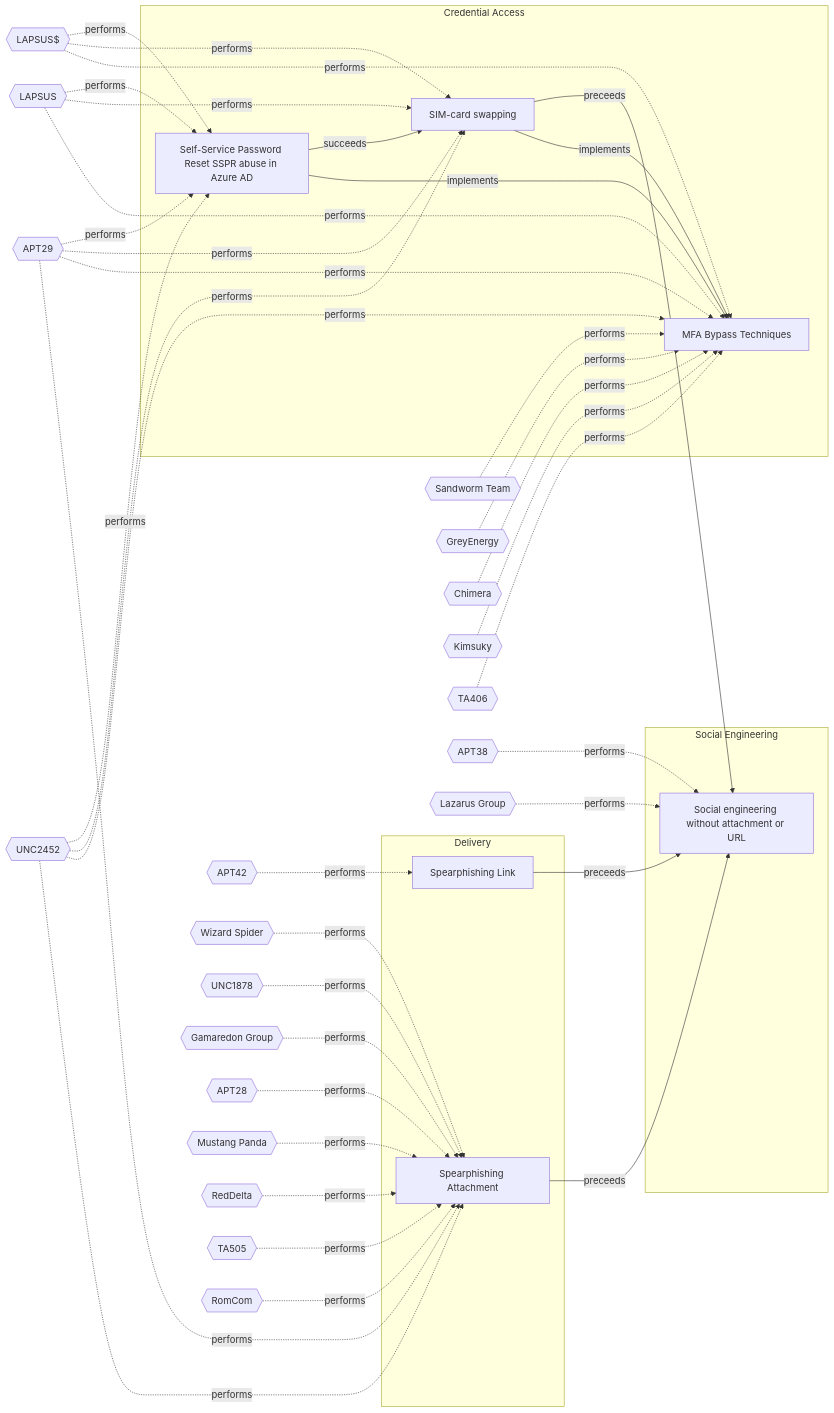
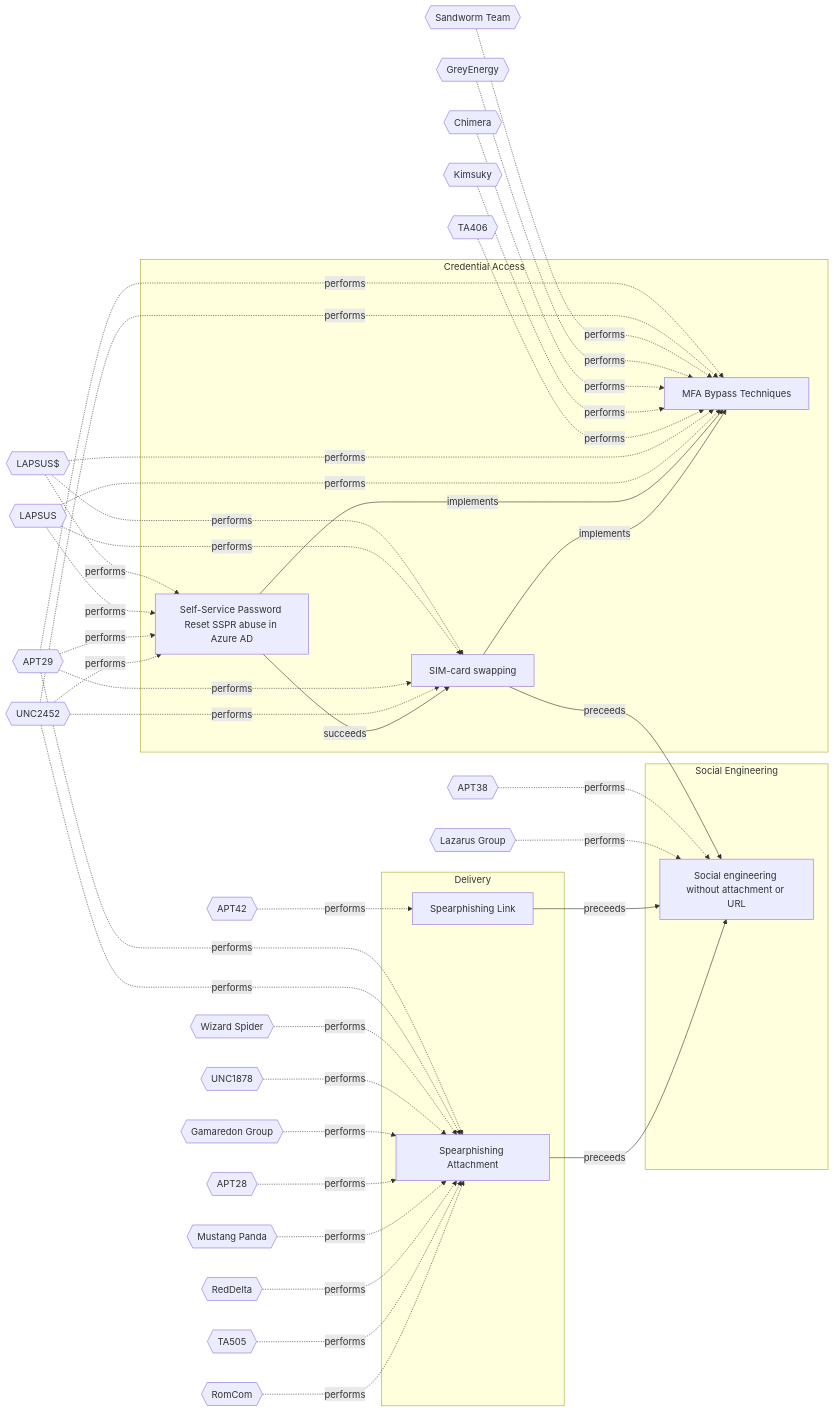
Before and after one commit to OpenTideHQ/WikiTide: the diagram in Models/Threat Vectors/☣️ SIM-card swapping.md, drawn with Mermaid. The commit also changed other lines of this file and 48 other files, not shown here.

````diff
--- a/Models/Threat Vectors/☣️ SIM-card swapping.md
+++ b/Models/Threat Vectors/☣️ SIM-card swapping.md
@@ -76,37 +76,32 @@
 
 flowchart LR
 
-a1a17bd4-ec7e-4302-aedf-96ee7c436065[Self-Service Password Reset SSPR abuse in Azure AD]
+0cdaee96-8595-4f3f-ba07-758b8be9d359[Social engineering without attachment or URL]
 6a7a493a-511a-4c9d-aa9c-4427c832a322[SIM-card swapping]
-4a807ac4-f764-41b1-ae6f-94239041d349[MFA Bypass Techniques]
-0cdaee96-8595-4f3f-ba07-758b8be9d359[Social engineering without attachment or URL]
 1a68b5eb-0112-424d-a21f-88dda0b6b8df[Spearphishing Link]
 dd5d942c-bac4-4000-b9a6-ca4fef6cfb84[Spearphishing Attachment]
+a1a17bd4-ec7e-4302-aedf-96ee7c436065[Self-Service Password Reset SSPR abuse in Azure AD]
+4a807ac4-f764-41b1-ae6f-94239041d349[MFA Bypass Techniques]
 
-subgraph Credential Access
-a1a17bd4-ec7e-4302-aedf-96ee7c436065
-6a7a493a-511a-4c9d-aa9c-4427c832a322
-4a807ac4-f764-41b1-ae6f-94239041d349
-end
 subgraph Social Engineering
 0cdaee96-8595-4f3f-ba07-758b8be9d359
+end
+subgraph Credential Access
+6a7a493a-511a-4c9d-aa9c-4427c832a322
+a1a17bd4-ec7e-4302-aedf-96ee7c436065
+4a807ac4-f764-41b1-ae6f-94239041d349
 end
 subgraph Delivery
 1a68b5eb-0112-424d-a21f-88dda0b6b8df
 dd5d942c-bac4-4000-b9a6-ca4fef6cfb84
 end
 
+APT38{{APT38}}
+LazarusGroup{{Lazarus Group}}
 LAPSUS${{LAPSUS$}}
 LAPSUS{{LAPSUS}}
 APT29{{APT29}}
 UNC2452{{UNC2452}}
-SandwormTeam{{Sandworm Team}}
-GreyEnergy{{GreyEnergy}}
-Chimera{{Chimera}}
-Kimsuky{{Kimsuky}}
-TA406{{TA406}}
-APT38{{APT38}}
-LazarusGroup{{Lazarus Group}}
 APT42{{APT42}}
 WizardSpider{{Wizard Spider}}
 UNC1878{{UNC1878}}
@@ -116,26 +111,18 @@
 RedDelta{{RedDelta}}
 TA505{{TA505}}
 RomCom{{RomCom}}
+SandwormTeam{{Sandworm Team}}
+GreyEnergy{{GreyEnergy}}
+Chimera{{Chimera}}
+Kimsuky{{Kimsuky}}
+TA406{{TA406}}
 
-LAPSUS$ -.-> |performs| a1a17bd4-ec7e-4302-aedf-96ee7c436065
-LAPSUS -.-> |performs| a1a17bd4-ec7e-4302-aedf-96ee7c436065
-APT29 -.-> |performs| a1a17bd4-ec7e-4302-aedf-96ee7c436065
-UNC2452 -.-> |performs| a1a17bd4-ec7e-4302-aedf-96ee7c436065
+APT38 -.-> |performs| 0cdaee96-8595-4f3f-ba07-758b8be9d359
+LazarusGroup -.-> |performs| 0cdaee96-8595-4f3f-ba07-758b8be9d359
 LAPSUS$ -.-> |performs| 6a7a493a-511a-4c9d-aa9c-4427c832a322
 LAPSUS -.-> |performs| 6a7a493a-511a-4c9d-aa9c-4427c832a322
 APT29 -.-> |performs| 6a7a493a-511a-4c9d-aa9c-4427c832a322
 UNC2452 -.-> |performs| 6a7a493a-511a-4c9d-aa9c-4427c832a322
-APT29 -.-> |performs| 4a807ac4-f764-41b1-ae6f-94239041d349
-UNC2452 -.-> |performs| 4a807ac4-f764-41b1-ae6f-94239041d349
-SandwormTeam -.-> |performs| 4a807ac4-f764-41b1-ae6f-94239041d349
-GreyEnergy -.-> |performs| 4a807ac4-f764-41b1-ae6f-94239041d349
-Chimera -.-> |performs| 4a807ac4-f764-41b1-ae6f-94239041d349
-Kimsuky -.-> |performs| 4a807ac4-f764-41b1-ae6f-94239041d349
-TA406 -.-> |performs| 4a807ac4-f764-41b1-ae6f-94239041d349
-LAPSUS$ -.-> |performs| 4a807ac4-f764-41b1-ae6f-94239041d349
-LAPSUS -.-> |performs| 4a807ac4-f764-41b1-ae6f-94239041d349
-APT38 -.-> |performs| 0cdaee96-8595-4f3f-ba07-758b8be9d359
-LazarusGroup -.-> |performs| 0cdaee96-8595-4f3f-ba07-758b8be9d359
 APT42 -.-> |performs| 1a68b5eb-0112-424d-a21f-88dda0b6b8df
 APT29 -.-> |performs| dd5d942c-bac4-4000-b9a6-ca4fef6cfb84
 UNC2452 -.-> |performs| dd5d942c-bac4-4000-b9a6-ca4fef6cfb84
@@ -147,12 +134,25 @@
 RedDelta -.-> |performs| dd5d942c-bac4-4000-b9a6-ca4fef6cfb84
 TA505 -.-> |performs| dd5d942c-bac4-4000-b9a6-ca4fef6cfb84
 RomCom -.-> |performs| dd5d942c-bac4-4000-b9a6-ca4fef6cfb84
+LAPSUS$ -.-> |performs| a1a17bd4-ec7e-4302-aedf-96ee7c436065
+LAPSUS -.-> |performs| a1a17bd4-ec7e-4302-aedf-96ee7c436065
+APT29 -.-> |performs| a1a17bd4-ec7e-4302-aedf-96ee7c436065
+UNC2452 -.-> |performs| a1a17bd4-ec7e-4302-aedf-96ee7c436065
+APT29 -.-> |performs| 4a807ac4-f764-41b1-ae6f-94239041d349
+UNC2452 -.-> |performs| 4a807ac4-f764-41b1-ae6f-94239041d349
+SandwormTeam -.-> |performs| 4a807ac4-f764-41b1-ae6f-94239041d349
+GreyEnergy -.-> |performs| 4a807ac4-f764-41b1-ae6f-94239041d349
+Chimera -.-> |performs| 4a807ac4-f764-41b1-ae6f-94239041d349
+Kimsuky -.-> |performs| 4a807ac4-f764-41b1-ae6f-94239041d349
+TA406 -.-> |performs| 4a807ac4-f764-41b1-ae6f-94239041d349
+LAPSUS$ -.-> |performs| 4a807ac4-f764-41b1-ae6f-94239041d349
+LAPSUS -.-> |performs| 4a807ac4-f764-41b1-ae6f-94239041d349
 
-a1a17bd4-ec7e-4302-aedf-96ee7c436065 -->|succeeds| 6a7a493a-511a-4c9d-aa9c-4427c832a322
-a1a17bd4-ec7e-4302-aedf-96ee7c436065 -->|implements| 4a807ac4-f764-41b1-ae6f-94239041d349
 6a7a493a-511a-4c9d-aa9c-4427c832a322 -->|preceeds| 0cdaee96-8595-4f3f-ba07-758b8be9d359
 1a68b5eb-0112-424d-a21f-88dda0b6b8df -->|preceeds| 0cdaee96-8595-4f3f-ba07-758b8be9d359
 dd5d942c-bac4-4000-b9a6-ca4fef6cfb84 -->|preceeds| 0cdaee96-8595-4f3f-ba07-758b8be9d359
+a1a17bd4-ec7e-4302-aedf-96ee7c436065 -->|succeeds| 6a7a493a-511a-4c9d-aa9c-4427c832a322
+a1a17bd4-ec7e-4302-aedf-96ee7c436065 -->|implements| 4a807ac4-f764-41b1-ae6f-94239041d349
 6a7a493a-511a-4c9d-aa9c-4427c832a322 -->|implements| 4a807ac4-f764-41b1-ae6f-94239041d349
 
 ```
````
